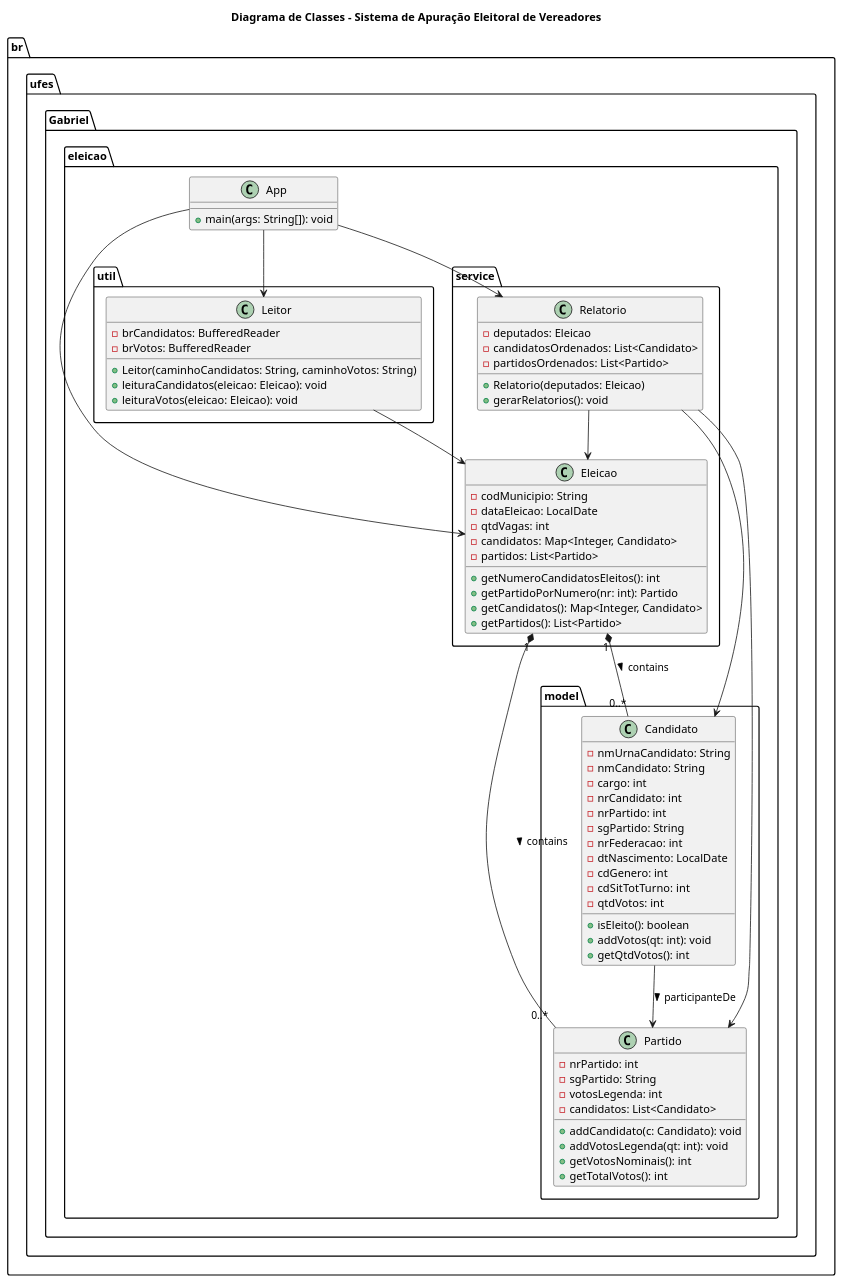
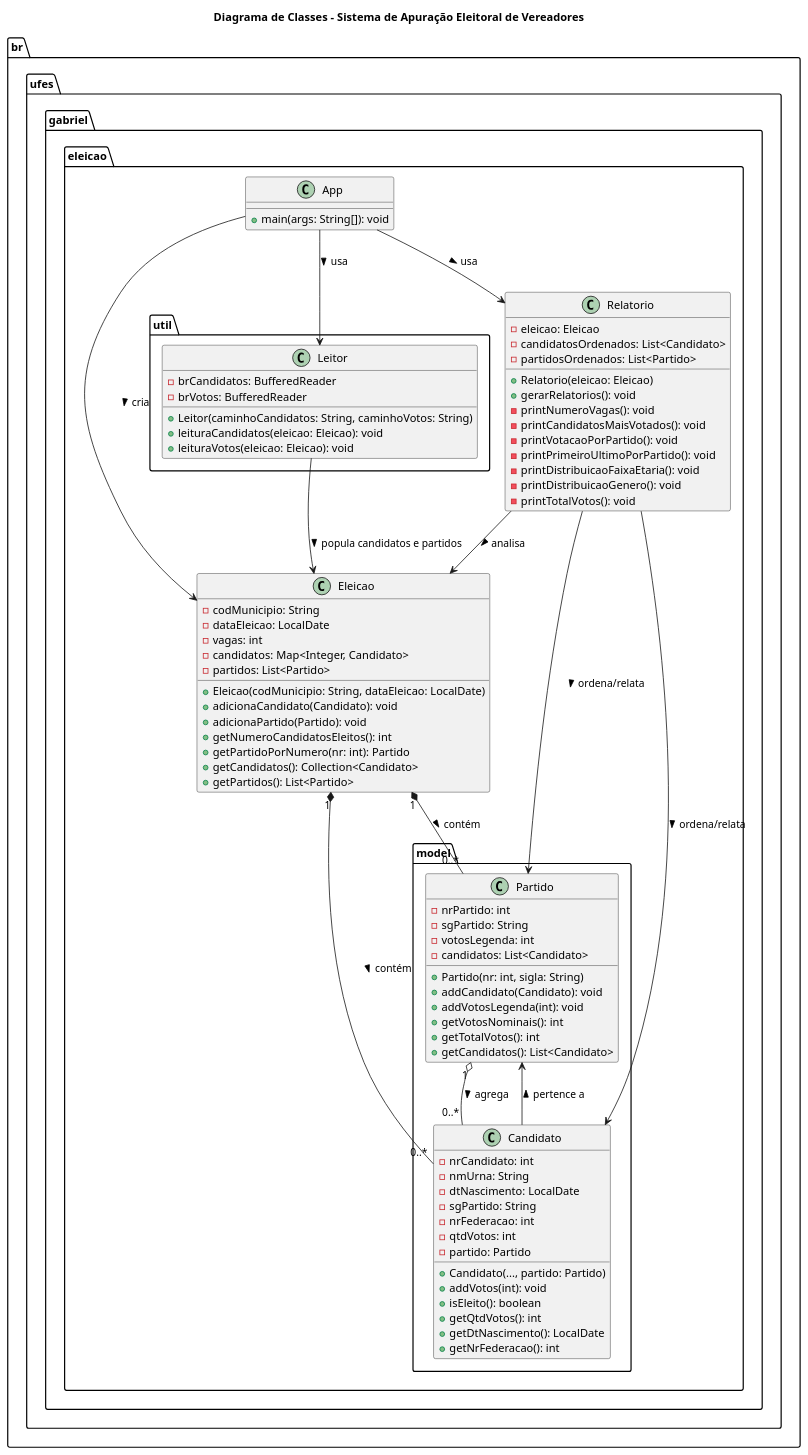
One commit to Gabriel-Saymon/Sistema_Eleitoral changed the diagram in diagrama.puml. Above: the diagram before and after it, drawn with PlantUML. The commit also changed 5 other files, not shown here.

```diff
--- a/diagrama.puml
+++ b/diagrama.puml
@@ -1,83 +1,101 @@
-@startuml Sistema_Eleitoral
+@startuml BrazilianElectionsSystem
 
 title Diagrama de Classes - Sistema de Apuração Eleitoral de Vereadores
 
-package "br.ufes.Gabriel.eleicao" {
+' Pacote principal
+package "br.ufes.gabriel.eleicao" {
   class App {
     + main(args: String[]): void
   }
+
+  class Eleicao {
+    - codMunicipio: String
+    - dataEleicao: LocalDate
+    - vagas: int
+    - candidatos: Map<Integer, Candidato>
+    - partidos: List<Partido>
+    + Eleicao(codMunicipio: String, dataEleicao: LocalDate)
+    + adicionaCandidato(Candidato): void
+    + adicionaPartido(Partido): void
+    + getNumeroCandidatosEleitos(): int
+    + getPartidoPorNumero(nr: int): Partido
+    + getCandidatos(): Collection<Candidato>
+    + getPartidos(): List<Partido>
+  }
+
+  class Relatorio {
+    - eleicao: Eleicao
+    - candidatosOrdenados: List<Candidato>
+    - partidosOrdenados: List<Partido>
+    + Relatorio(eleicao: Eleicao)
+    + gerarRelatorios(): void
+    - printNumeroVagas(): void
+    - printCandidatosMaisVotados(): void
+    - printVotacaoPorPartido(): void
+    - printPrimeiroUltimoPorPartido(): void
+    - printDistribuicaoFaixaEtaria(): void
+    - printDistribuicaoGenero(): void
+    - printTotalVotos(): void
+  }
 }
 
-package "br.ufes.Gabriel.eleicao.util" {
+' Pacote de modelo
+package "br.ufes.gabriel.eleicao.model" {
+  class Partido {
+    - nrPartido: int
+    - sgPartido: String
+    - votosLegenda: int
+    - candidatos: List<Candidato>
+    + Partido(nr: int, sigla: String)
+    + addCandidato(Candidato): void
+    + addVotosLegenda(int): void
+    + getVotosNominais(): int
+    + getTotalVotos(): int
+    + getCandidatos(): List<Candidato>
+  }
+
+  class Candidato {
+    - nrCandidato: int
+    - nmUrna: String
+    - dtNascimento: LocalDate
+    - sgPartido: String
+    - nrFederacao: int
+    - qtdVotos: int
+    - partido: Partido
+    + Candidato(..., partido: Partido)
+    + addVotos(int): void
+    + isEleito(): boolean
+    + getQtdVotos(): int
+    + getDtNascimento(): LocalDate
+    + getNrFederacao(): int
+  }
+}
+
+' Pacote de util
+package "br.ufes.gabriel.eleicao.util" {
   class Leitor {
     - brCandidatos: BufferedReader
     - brVotos: BufferedReader
     + Leitor(caminhoCandidatos: String, caminhoVotos: String)
     + leituraCandidatos(eleicao: Eleicao): void
     + leituraVotos(eleicao: Eleicao): void
   }
 }
 
-package "br.ufes.Gabriel.eleicao.model" {
-  class Candidato {
-    - nmUrnaCandidato: String
-    - nmCandidato: String
-    - cargo: int
-    - nrCandidato: int
-    - nrPartido: int
-    - sgPartido: String
-    - nrFederacao: int
-    - dtNascimento: LocalDate
-    - cdGenero: int
-    - cdSitTotTurno: int
-    - qtdVotos: int
-    + isEleito(): boolean
-    + addVotos(qt: int): void
-    + getQtdVotos(): int
-  }
+' Relacionamentos
+App --> Eleicao : cria >
+App --> Leitor : usa >
+App --> Relatorio : usa >
 
-  class Partido {
-    - nrPartido: int
-    - sgPartido: String
-    - votosLegenda: int
-    - candidatos: List<Candidato>
-    + addCandidato(c: Candidato): void
-    + addVotosLegenda(qt: int): void
-    + getVotosNominais(): int
-    + getTotalVotos(): int
-  }
-}
+Leitor --> Eleicao : popula candidatos e partidos >
 
-package "br.ufes.Gabriel.eleicao.service" {
-  class Eleicao {
-    - codMunicipio: String
-    - dataEleicao: LocalDate
-    - qtdVagas: int
-    - candidatos: Map<Integer, Candidato>
-    - partidos: List<Partido>
-    + getNumeroCandidatosEleitos(): int
-    + getPartidoPorNumero(nr: int): Partido
-    + getCandidatos(): Map<Integer, Candidato>
-    + getPartidos(): List<Partido>
-  }
+Eleicao "1" *-- "0..*" Candidato : contém >
+Eleicao "1" *-- "0..*" Partido   : contém >
 
-  class Relatorio {
-    - deputados: Eleicao
-    - candidatosOrdenados: List<Candidato>
-    - partidosOrdenados: List<Partido>
-    + Relatorio(deputados: Eleicao)
-    + gerarRelatorios(): void
-  }
-}
+Partido "1" o-- "0..*" Candidato : agrega >
+Candidato --> Partido : pertence a >
 
-App --> Leitor
-App --> Eleicao
-App --> Relatorio
-Eleicao "1" *-- "0..*" Candidato : contains >
-Eleicao "1" *-- "0..*" Partido   : contains >
-Leitor --> Eleicao
-Relatorio --> Eleicao
-Relatorio --> Candidato
-Relatorio --> Partido
-Candidato --> Partido : participanteDe >
+Relatorio --> Eleicao   : analisa >
+Relatorio --> Candidato : ordena/relata >
+Relatorio --> Partido   : ordena/relata >
 @enduml
```
